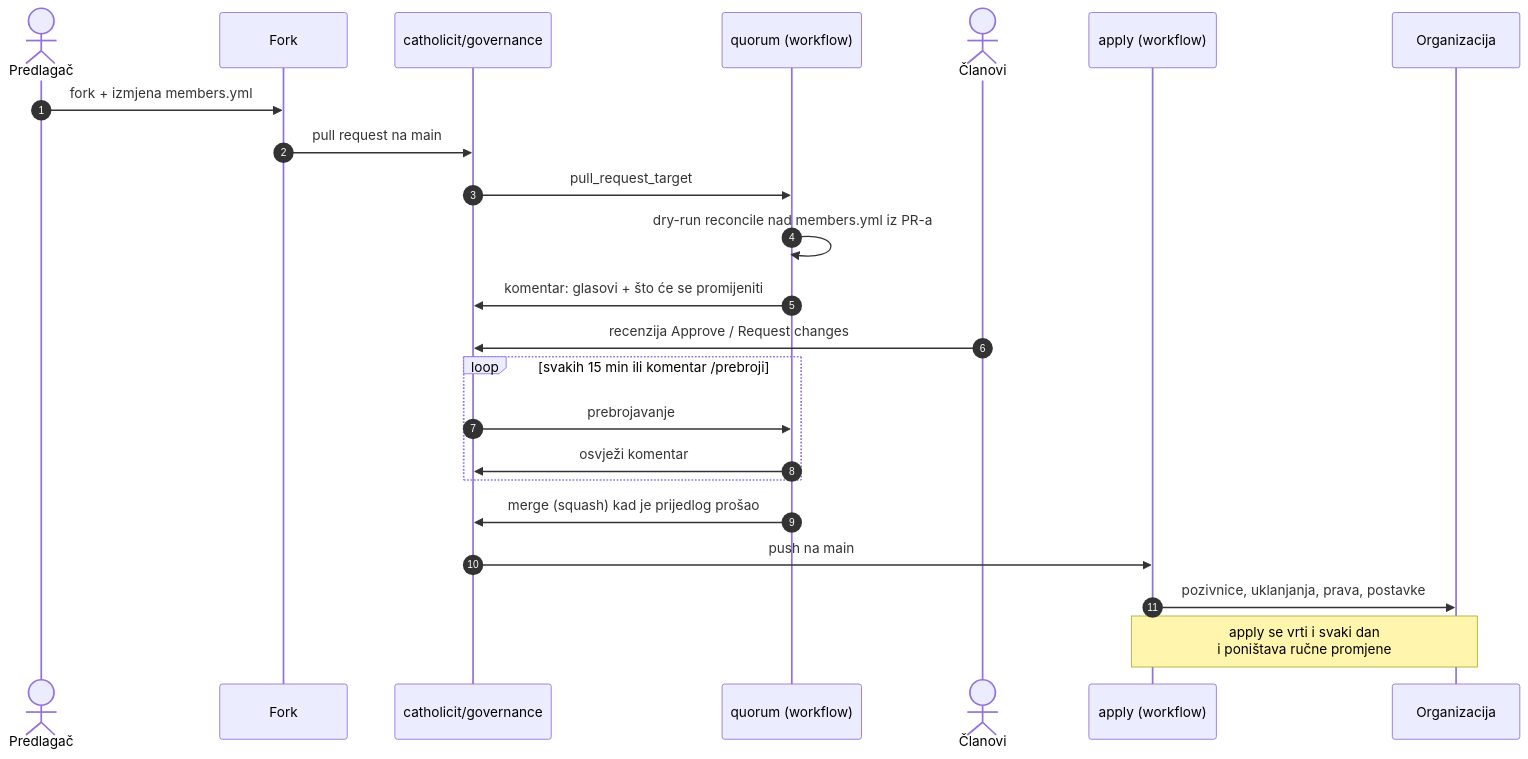
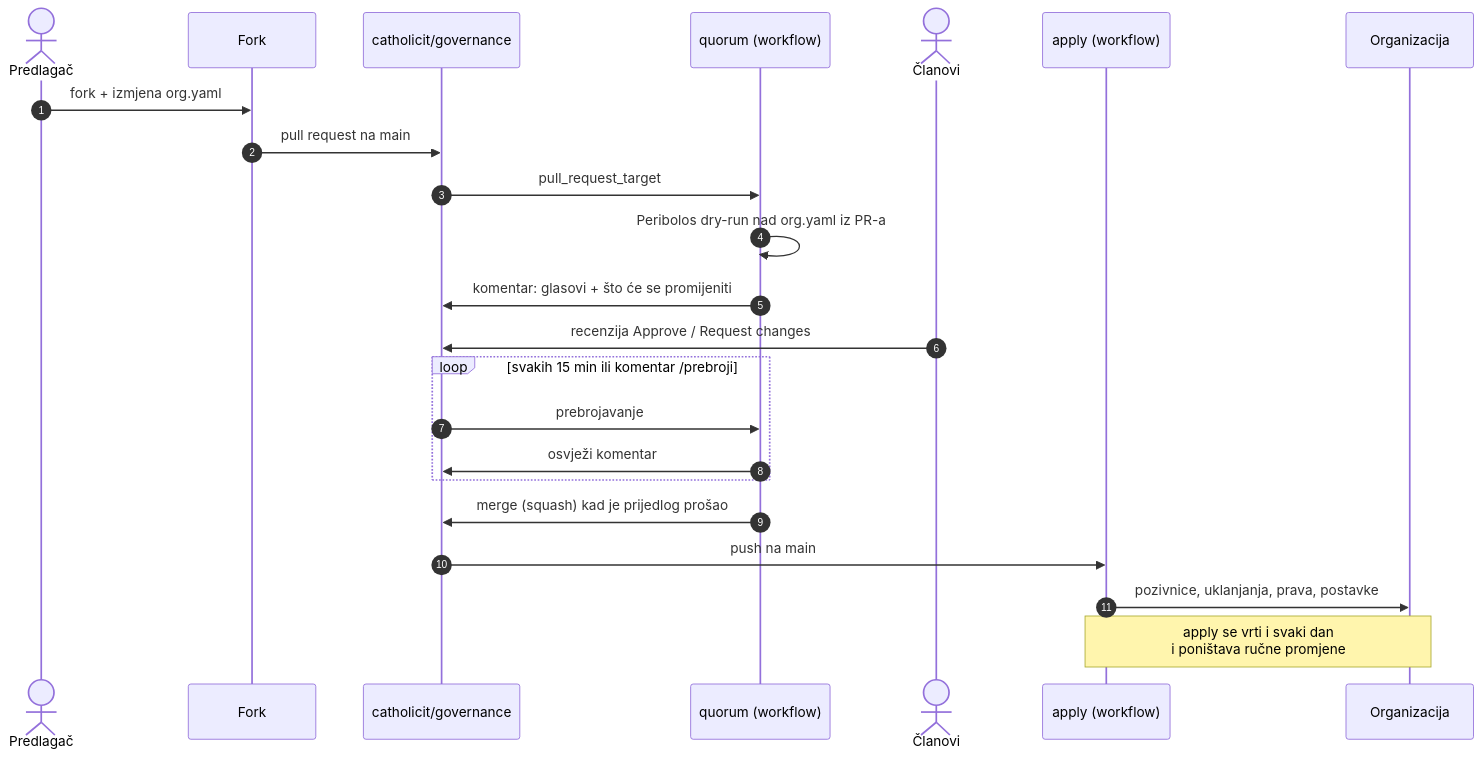
The third of 14 diagrams in docs/arhitektura.md (catholicit/governance), drawn with Mermaid before and after one commit. The commit also changed other lines of this file and 11 other files, not shown here.

````diff
--- a/docs/arhitektura.md
+++ b/docs/arhitektura.md
@@ -89,26 +89,26 @@
 ```mermaid
 sequenceDiagram
     autonumber
     actor P as Predlagač
     participant F as Fork
     participant GH as catholicit/governance
     participant Q as quorum (workflow)
     actor V as Članovi
     participant A as apply (workflow)
     participant O as Organizacija
 
-    P->>F: fork + izmjena members.yml
+    P->>F: fork + izmjena org.yaml
     F->>GH: pull request na main
     GH->>Q: pull_request_target
-    Q->>Q: dry-run reconcile nad members.yml iz PR-a
+    Q->>Q: Peribolos dry-run nad org.yaml iz PR-a
     Q->>GH: komentar: glasovi + što će se promijeniti
     V->>GH: recenzija Approve / Request changes
     loop svakih 15 min ili komentar /prebroji
         GH->>Q: prebrojavanje
         Q->>GH: osvježi komentar
     end
     Q->>GH: merge (squash) kad je prijedlog prošao
     GH->>A: push na main
     A->>O: pozivnice, uklanjanja, prava, postavke
     Note over A,O: apply se vrti i svaki dan<br/>i poništava ručne promjene
 ```
````
